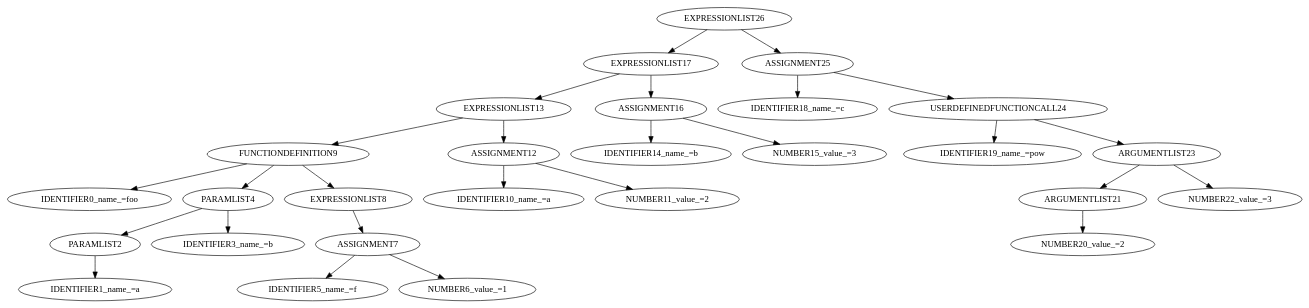
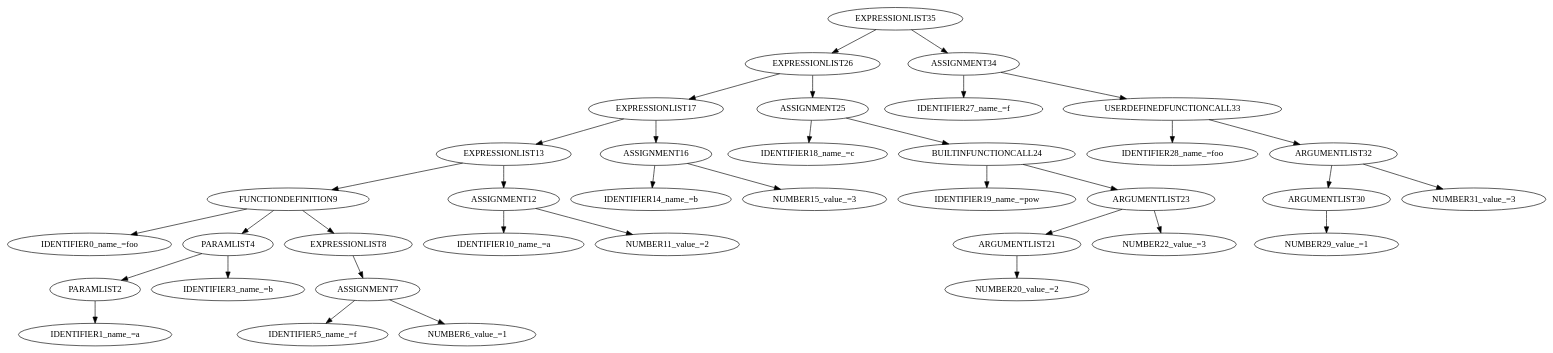
Before and after one commit to dhmhgreCompilers1/BisonProjectTemplate: the diagram in BisonSymbolTableIntro/output1.dot, drawn with Graphviz. The commit also changed 8 other files, not shown here.

```diff
--- a/BisonSymbolTableIntro/output1.dot
+++ b/BisonSymbolTableIntro/output1.dot
@@ -1,28 +1,37 @@
 digraph G {
+"EXPRESSIONLIST35" -> "EXPRESSIONLIST26";
 "EXPRESSIONLIST26" -> "EXPRESSIONLIST17";
 "EXPRESSIONLIST17" -> "EXPRESSIONLIST13";
 "EXPRESSIONLIST13" -> "FUNCTIONDEFINITION9";
 "FUNCTIONDEFINITION9" -> "IDENTIFIER0_name_=foo";
 "FUNCTIONDEFINITION9" -> "PARAMLIST4";
 "PARAMLIST4" -> "PARAMLIST2";
 "PARAMLIST2" -> "IDENTIFIER1_name_=a";
 "PARAMLIST4" -> "IDENTIFIER3_name_=b";
 "FUNCTIONDEFINITION9" -> "EXPRESSIONLIST8";
 "EXPRESSIONLIST8" -> "ASSIGNMENT7";
 "ASSIGNMENT7" -> "IDENTIFIER5_name_=f";
 "ASSIGNMENT7" -> "NUMBER6_value_=1";
 "EXPRESSIONLIST13" -> "ASSIGNMENT12";
 "ASSIGNMENT12" -> "IDENTIFIER10_name_=a";
 "ASSIGNMENT12" -> "NUMBER11_value_=2";
 "EXPRESSIONLIST17" -> "ASSIGNMENT16";
 "ASSIGNMENT16" -> "IDENTIFIER14_name_=b";
 "ASSIGNMENT16" -> "NUMBER15_value_=3";
 "EXPRESSIONLIST26" -> "ASSIGNMENT25";
 "ASSIGNMENT25" -> "IDENTIFIER18_name_=c";
-"ASSIGNMENT25" -> "USERDEFINEDFUNCTIONCALL24";
-"USERDEFINEDFUNCTIONCALL24" -> "IDENTIFIER19_name_=pow";
-"USERDEFINEDFUNCTIONCALL24" -> "ARGUMENTLIST23";
+"ASSIGNMENT25" -> "BUILTINFUNCTIONCALL24";
+"BUILTINFUNCTIONCALL24" -> "IDENTIFIER19_name_=pow";
+"BUILTINFUNCTIONCALL24" -> "ARGUMENTLIST23";
 "ARGUMENTLIST23" -> "ARGUMENTLIST21";
 "ARGUMENTLIST21" -> "NUMBER20_value_=2";
 "ARGUMENTLIST23" -> "NUMBER22_value_=3";
+"EXPRESSIONLIST35" -> "ASSIGNMENT34";
+"ASSIGNMENT34" -> "IDENTIFIER27_name_=f";
+"ASSIGNMENT34" -> "USERDEFINEDFUNCTIONCALL33";
+"USERDEFINEDFUNCTIONCALL33" -> "IDENTIFIER28_name_=foo";
+"USERDEFINEDFUNCTIONCALL33" -> "ARGUMENTLIST32";
+"ARGUMENTLIST32" -> "ARGUMENTLIST30";
+"ARGUMENTLIST30" -> "NUMBER29_value_=1";
+"ARGUMENTLIST32" -> "NUMBER31_value_=3";
 }
```
